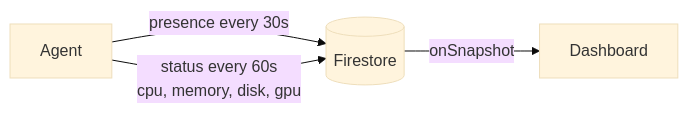
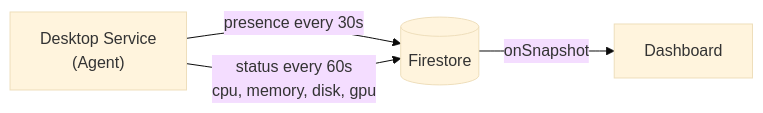
The second of 7 diagrams in docs/architecture.md (theexperiential/owlette), drawn with Mermaid (base theme) before and after one commit. The commit also changed other lines of this file, not shown here.

Commit message:
docs: clarify node labels in architecture diagrams

````diff
--- a/docs/architecture.md
+++ b/docs/architecture.md
@@ -72,10 +72,10 @@
 ```mermaid
 flowchart LR
-    Agent["Agent"]
+    Agent["Desktop Service\n(Agent)"]
     FS[("Firestore")]
     Dashboard["Dashboard"]
 
     Agent -->|"presence every 30s"| FS
     Agent -->|"status every 60s\ncpu, memory, disk, gpu"| FS
     FS -->|"onSnapshot"| Dashboard
 ```
````
